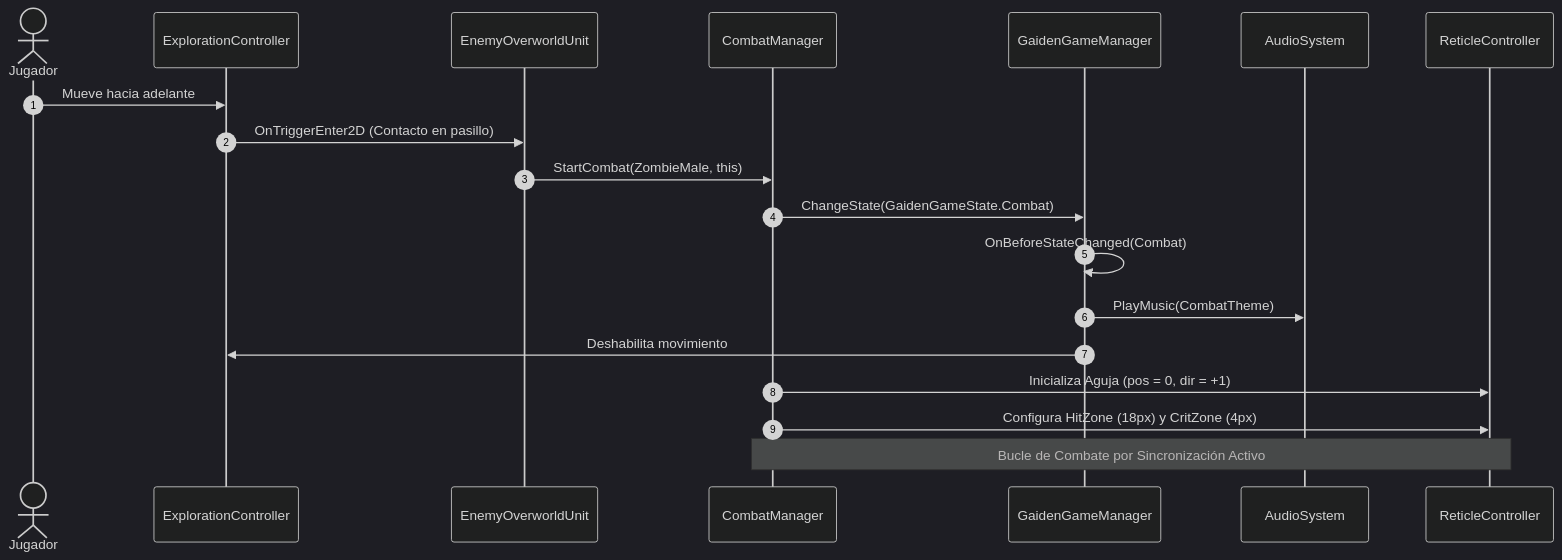
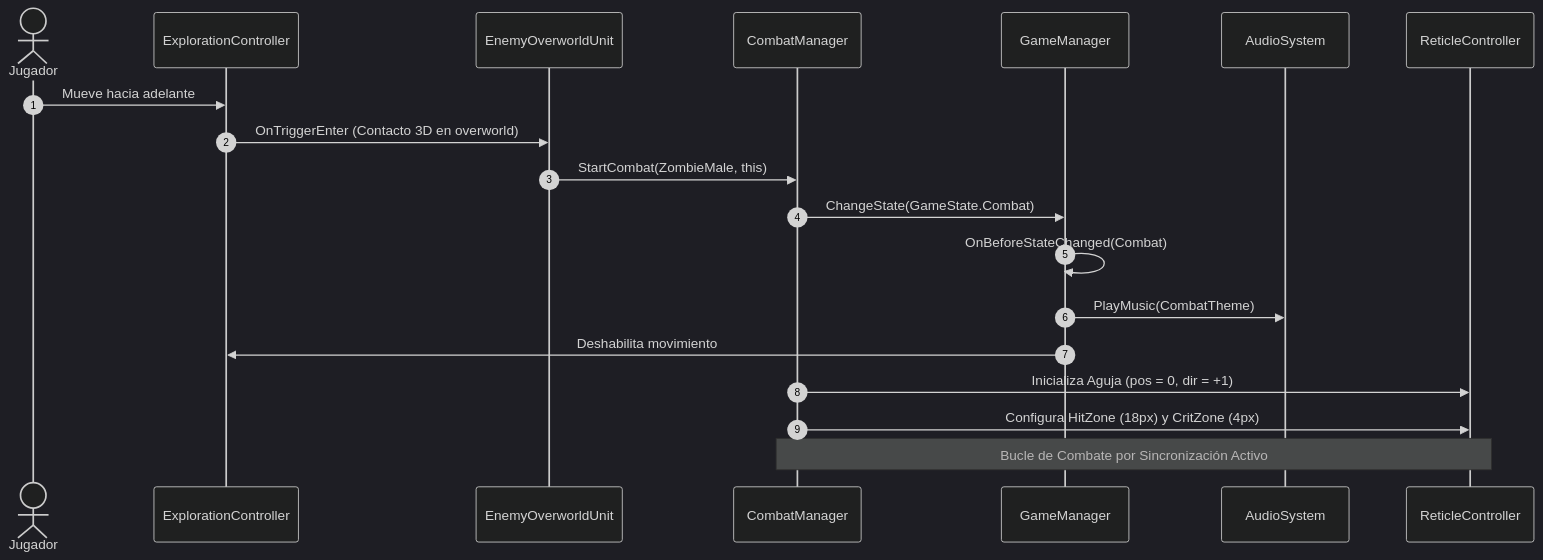
One commit to matichanx3x3/proyectoGaiden changed the second of 4 diagrams in Documentación/06 - Diagramas y Canvas/06.1 - Diagramas Mermaid de Arquitectura.md. Above: the diagram before and after it, drawn with Mermaid (dark theme). The commit also changed other lines of this file and 506 other files, not shown here.

````diff
--- a/Documentación/06 - Diagramas y Canvas/06.1 - Diagramas Mermaid de Arquitectura.md
+++ b/Documentación/06 - Diagramas y Canvas/06.1 - Diagramas Mermaid de Arquitectura.md
@@ -61,25 +61,25 @@
 ```mermaid
 sequenceDiagram
     autonumber
     actor Player as Jugador
     participant Explo as ExplorationController
     participant Zombie as EnemyOverworldUnit
     participant CombatMgr as CombatManager
-    participant GameMgr as GaidenGameManager
+    participant GameMgr as GameManager
     participant Audio as AudioSystem
     participant Reticle as ReticleController
 
     Player->>Explo: Mueve hacia adelante
-    Explo->>Zombie: OnTriggerEnter2D (Contacto en pasillo)
+    Explo->>Zombie: OnTriggerEnter (Contacto 3D en overworld)
     Zombie->>CombatMgr: StartCombat(ZombieMale, this)
-    CombatMgr->>GameMgr: ChangeState(GaidenGameState.Combat)
+    CombatMgr->>GameMgr: ChangeState(GameState.Combat)
     
     GameMgr->>GameMgr: OnBeforeStateChanged(Combat)
     GameMgr->>Audio: PlayMusic(CombatTheme)
     GameMgr->>Explo: Deshabilita movimiento
     
     CombatMgr->>Reticle: Inicializa Aguja (pos = 0, dir = +1)
     CombatMgr->>Reticle: Configura HitZone (18px) y CritZone (4px)
     
     Note over CombatMgr,Reticle: Bucle de Combate por Sincronización Activo
 ```
````
